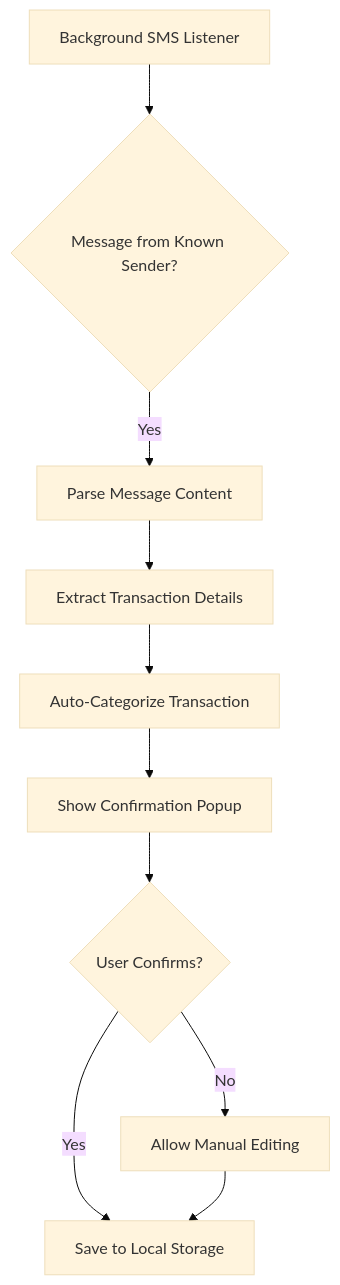
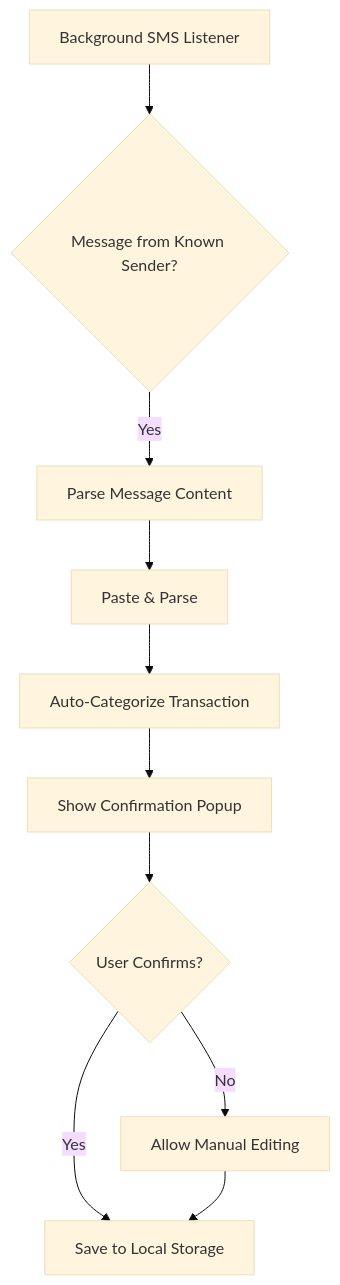
Before and after one commit to aalatief1982/finance-universe: the fourth of 11 diagrams in KnowledgeBase/expense-tracker-app-flows.md, drawn with Mermaid (base theme). The commit also changed 7 other files, not shown here.

Commit message:
Rename ImportTransactions to Paste & Parse and show confidence

````diff
--- a/KnowledgeBase/expense-tracker-app-flows.md
+++ b/KnowledgeBase/expense-tracker-app-flows.md
@@ -47,12 +47,12 @@
 ```mermaid
 graph TD
     A[Background SMS Listener] --> B{Message from Known Sender?}
     B -->|Yes| C[Parse Message Content]
-    C --> D[Extract Transaction Details]
+    C --> D[Paste & Parse]
     D --> E[Auto-Categorize Transaction]
     E --> F[Show Confirmation Popup]
     F --> G{User Confirms?}
     G -->|Yes| H[Save to Local Storage]
     G -->|No| I[Allow Manual Editing]
     I --> H
 ```
````
